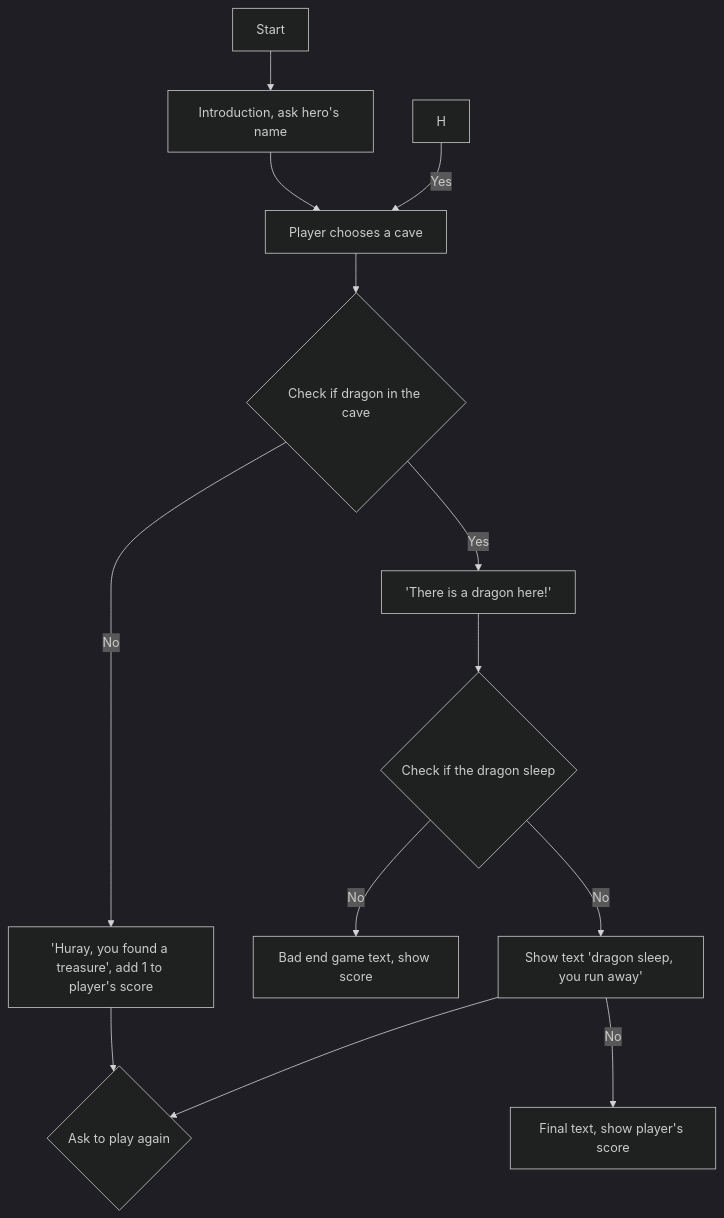
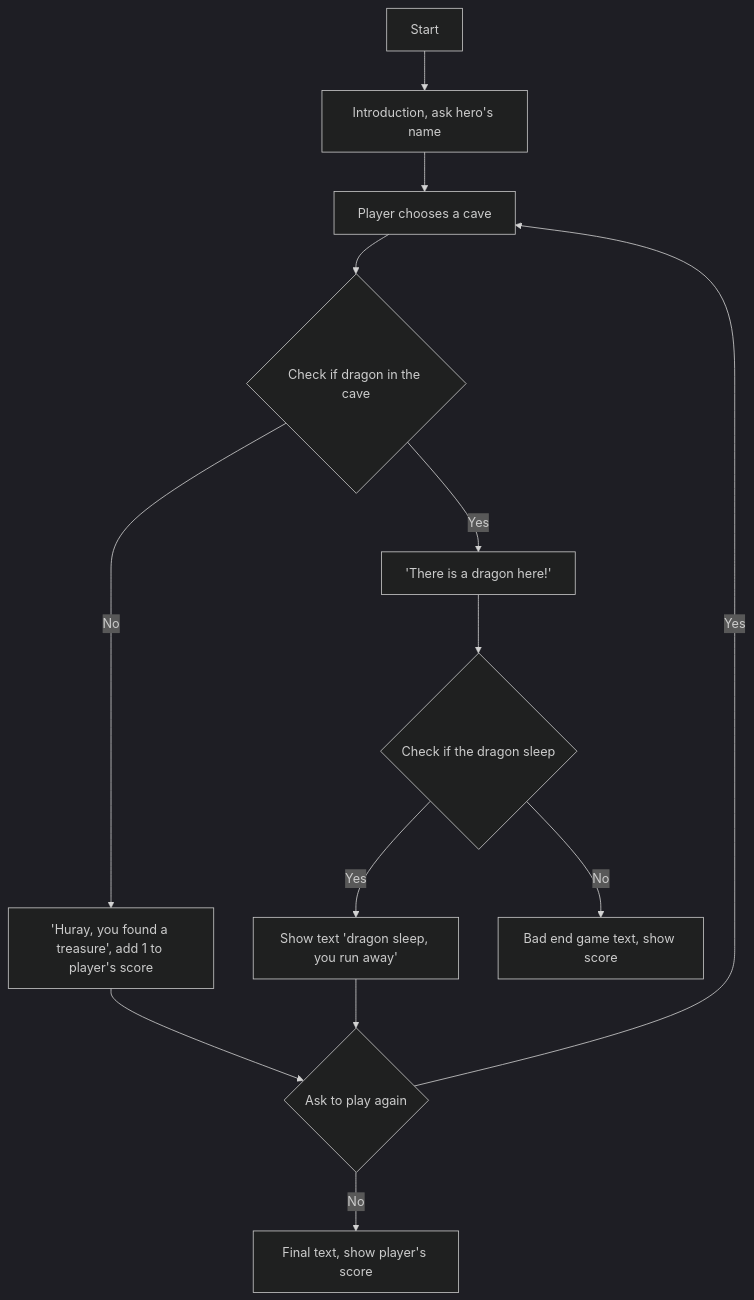
The diagram in README.md (unknown-exception/Fantasy_Realm), drawn with Mermaid (dark theme) before and after one commit.

````diff
--- a/README.md
+++ b/README.md
@@ -4,16 +4,16 @@
 ```mermaid
 flowchart TD
 
 A[Start] --> B[Introduction, ask hero's name];
 B --> C[Player chooses a cave];
 C --> D{Check if dragon in the cave};
 D -- No --> X['Huray, you found a treasure', add 1 to player's score]
 D -- Yes --> E['There is a dragon here!']
 E --> F{Check if the dragon sleep}
+F -- Yes --> H[Show text 'dragon sleep, you run away']
 F -- No --> G[Bad end game text, show score]
-F -- No --> H[Show text 'dragon sleep, you run away']
 H --> Y{Ask to play again}
 X --> Y
-Н -- Yes --> C
-H -- No --> I[Final text, show player's score]
+Y -- Yes --> C
+Y -- No --> I[Final text, show player's score]
 ```
````
